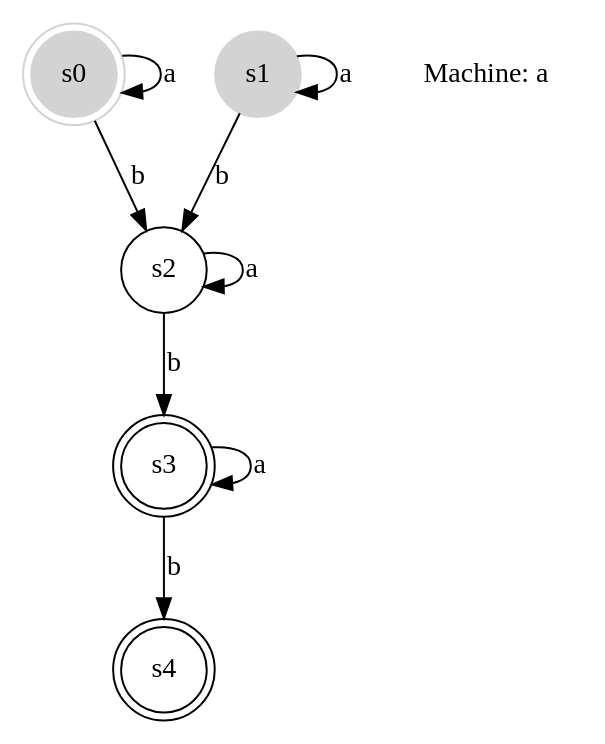
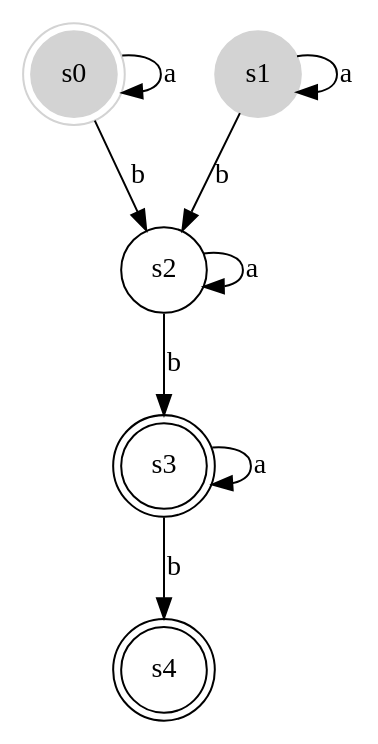
The diagram in app/assets/dot_demos/graph_demo.dot (jvmr535/automatonAnimator), drawn with Graphviz before and after one commit. The commit also changed 10 other files, not shown here.

```diff
--- a/app/assets/dot_demos/graph_demo.dot
+++ b/app/assets/dot_demos/graph_demo.dot
@@ -1,18 +1,17 @@
 digraph automaton {
   size ="4, 5";
   node [shape = circle];
   s0 -> s0 [ label = "a" ];
   s0 -> s2 [ label = "b" ];
   s1 -> s1 [ label = "a" ];
   s1 -> s2 [ label = "b" ];
   s2 -> s2 [ label = "a" ];
   s2 -> s3 [ label = "b" ];
   s3 -> s3 [ label = "a" ];
   s3 -> s4 [ label = "b" ];
   s0 [ style = filled, color=lightgrey ];
   s0 [ shape = doublecircle];
   s1 [ style = filled, color=lightgrey ];
   s3 [ shape = doublecircle ];
   s4 [ shape = doublecircle ];
-  "Machine: a" [ shape = plaintext ];
 }
```
